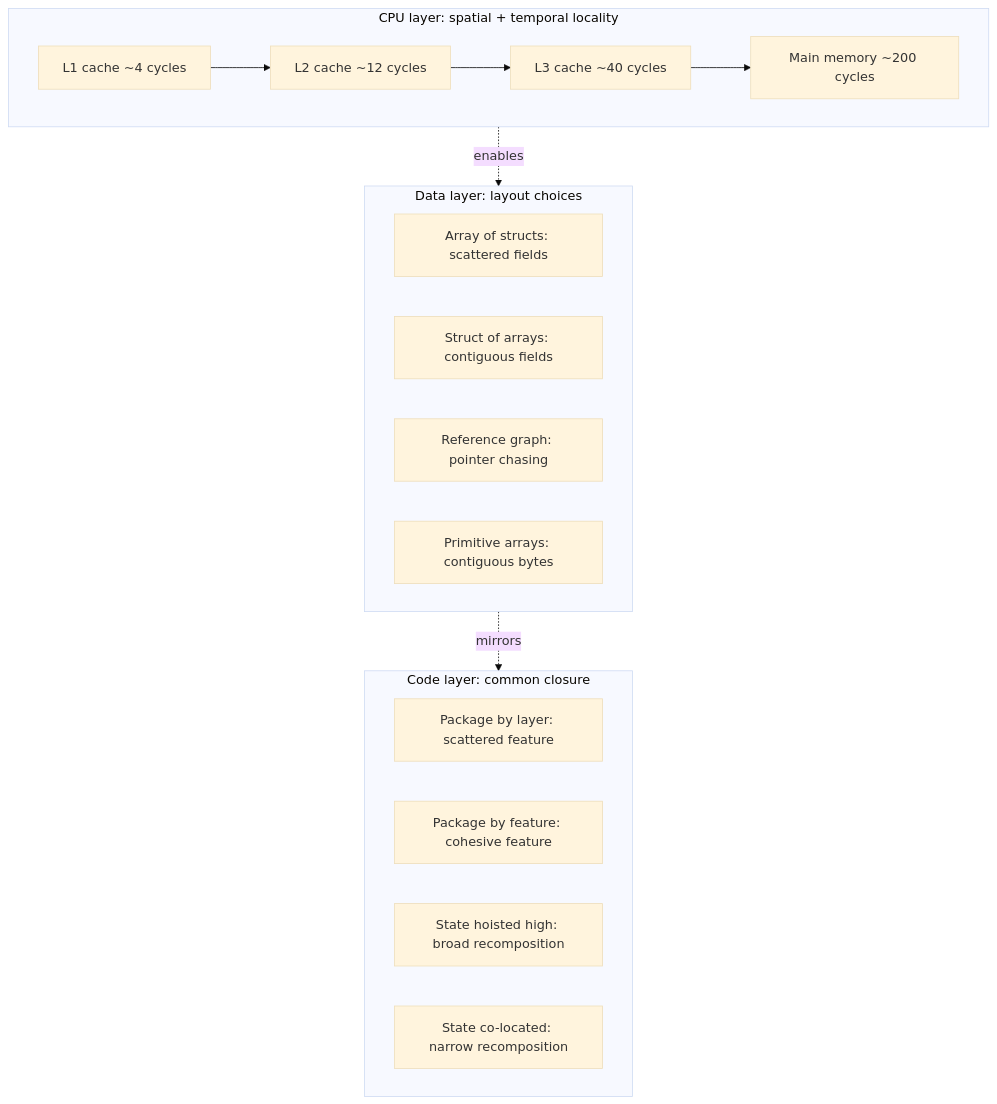
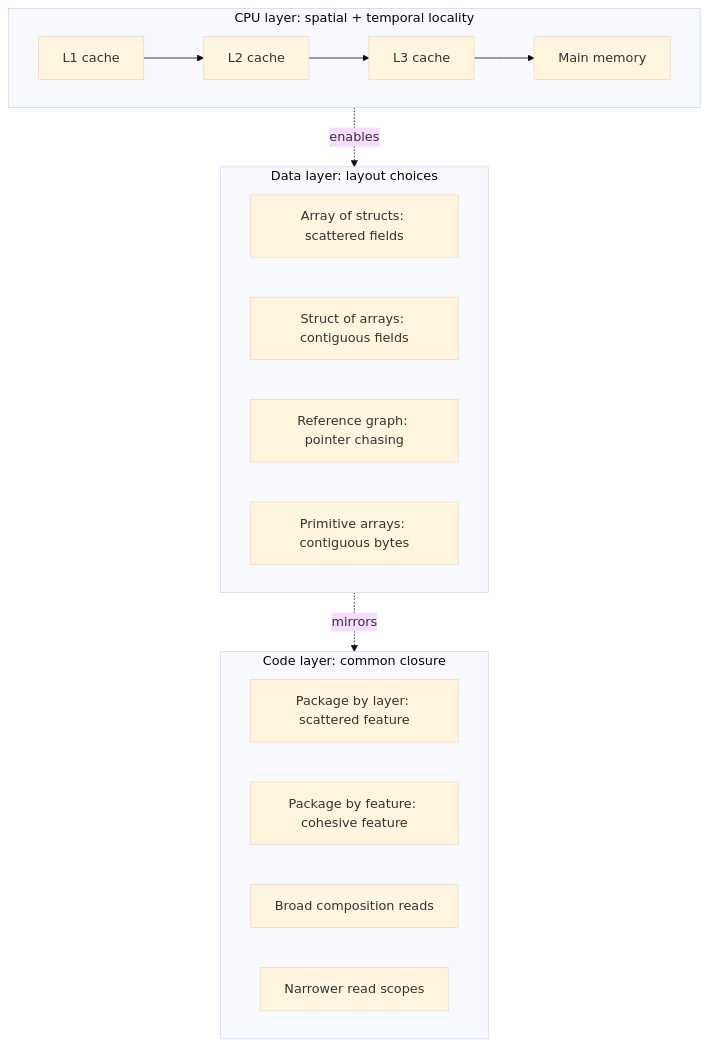
Before and after one commit to swarnsingh/android-staff-engineer-playbook-website: the third of 3 diagrams in principles/locality-of-reference.md, drawn with Mermaid (base theme). The commit also changed other lines of this file and 43 other files, not shown here.

````diff
--- a/principles/locality-of-reference.md
+++ b/principles/locality-of-reference.md
@@ -227,27 +227,27 @@
 ```mermaid
 flowchart TB
     subgraph CPU["CPU layer: spatial + temporal locality"]
-        L1["L1 cache ~4 cycles"]
-        L2["L2 cache ~12 cycles"]
-        L3["L3 cache ~40 cycles"]
-        Main["Main memory ~200 cycles"]
+        L1["L1 cache"]
+        L2["L2 cache"]
+        L3["L3 cache"]
+        Main["Main memory"]
         L1 --> L2 --> L3 --> Main
     end
 
     subgraph Data["Data layer: layout choices"]
         AoS["Array of structs: scattered fields"]
         SoA["Struct of arrays: contiguous fields"]
         Refs["Reference graph: pointer chasing"]
         Primitive["Primitive arrays: contiguous bytes"]
     end
 
     subgraph Code["Code layer: common closure"]
         Layer["Package by layer: scattered feature"]
         Feature["Package by feature: cohesive feature"]
-        Hoisted["State hoisted high: broad recomposition"]
-        Local["State co-located: narrow recomposition"]
+        Hoisted["Broad composition reads"]
+        Local["Narrower read scopes"]
     end
 
     CPU -. enables .-> Data
     Data -. mirrors .-> Code
 ```
````
